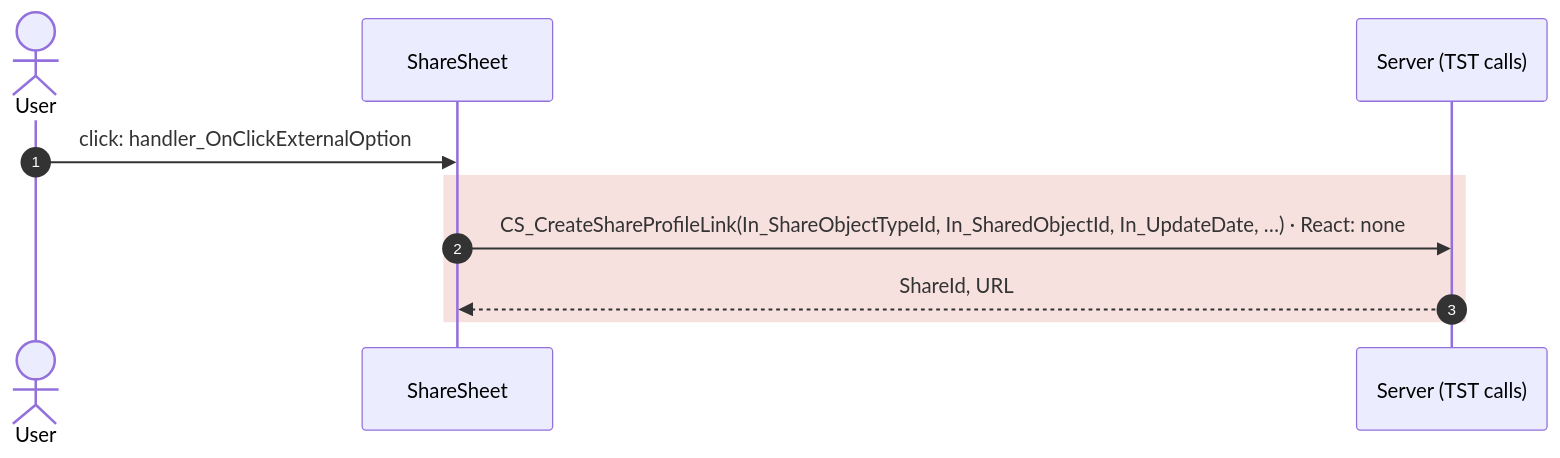
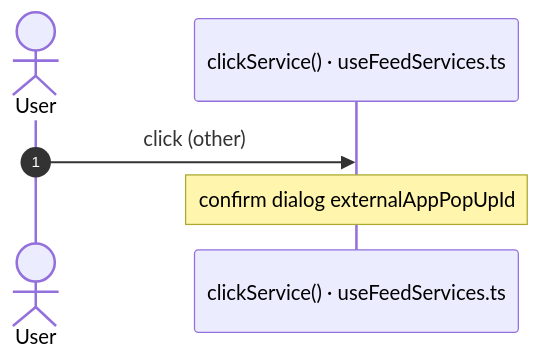
One commit to Phoenix-DX/connect-new-ui changed diagram 37 of 47 in migration/route-actions/HomeFeed.md. Above: the diagram before and after it, drawn with Mermaid. The commit also changed other lines of this file and 90 other files, not shown here.

Commit message:
route actions: React sequence diagram per user action next to OutSystems, differences in red; React handlers read branch by branch and matched by comment, name and block; white SVG background; all SVGs of a file in one browser (HomeFeed 67 s to 14 s)

````diff
--- a/migration/route-actions/HomeFeed.md
+++ b/migration/route-actions/HomeFeed.md
@@ -528,12 +905,8 @@
 ```mermaid
 sequenceDiagram
   autonumber
   actor U as User
-  participant B as ShareSheet
-  participant S as Server (TST calls)
-  U->>B: click: handler_OnClickExternalOption
-  rect rgba(192, 57, 43, 0.15)
-  B->>S: CS_CreateShareProfileLink(In_ShareObjectTypeId, In_SharedObjectId, In_UpdateDate, …) · React: none
-  S-->>B: ShareId, URL
-  end
+  participant H as clickService() · useFeedServices.ts
+  U->>H: click (other)
+  Note over H: confirm dialog externalAppPopUpId
 ```
````
